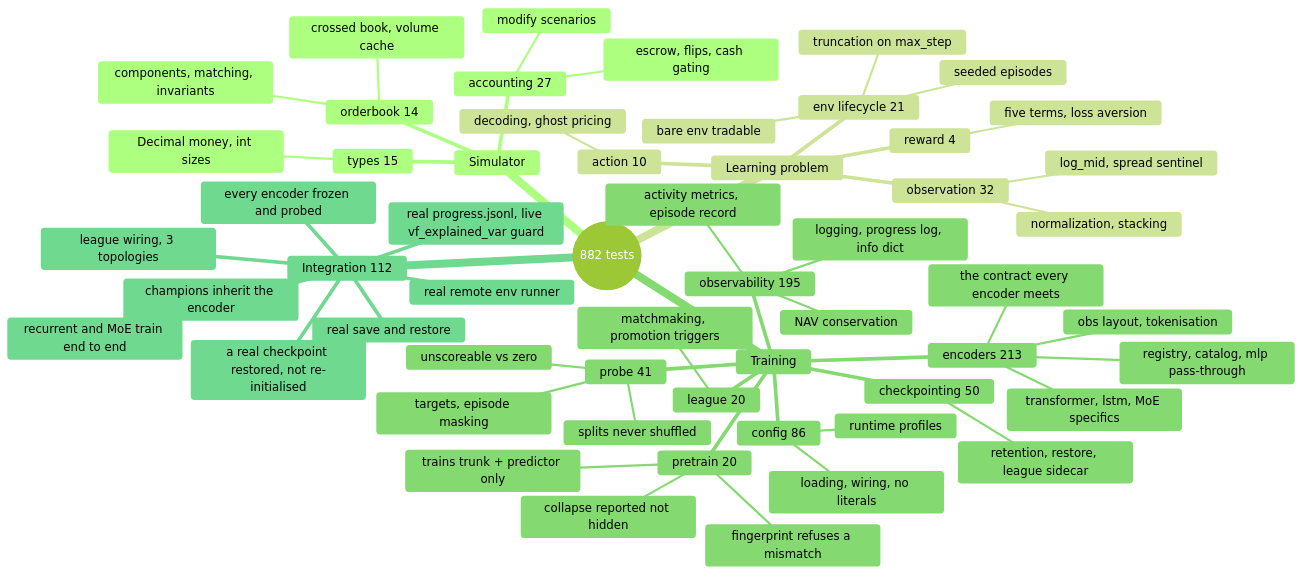
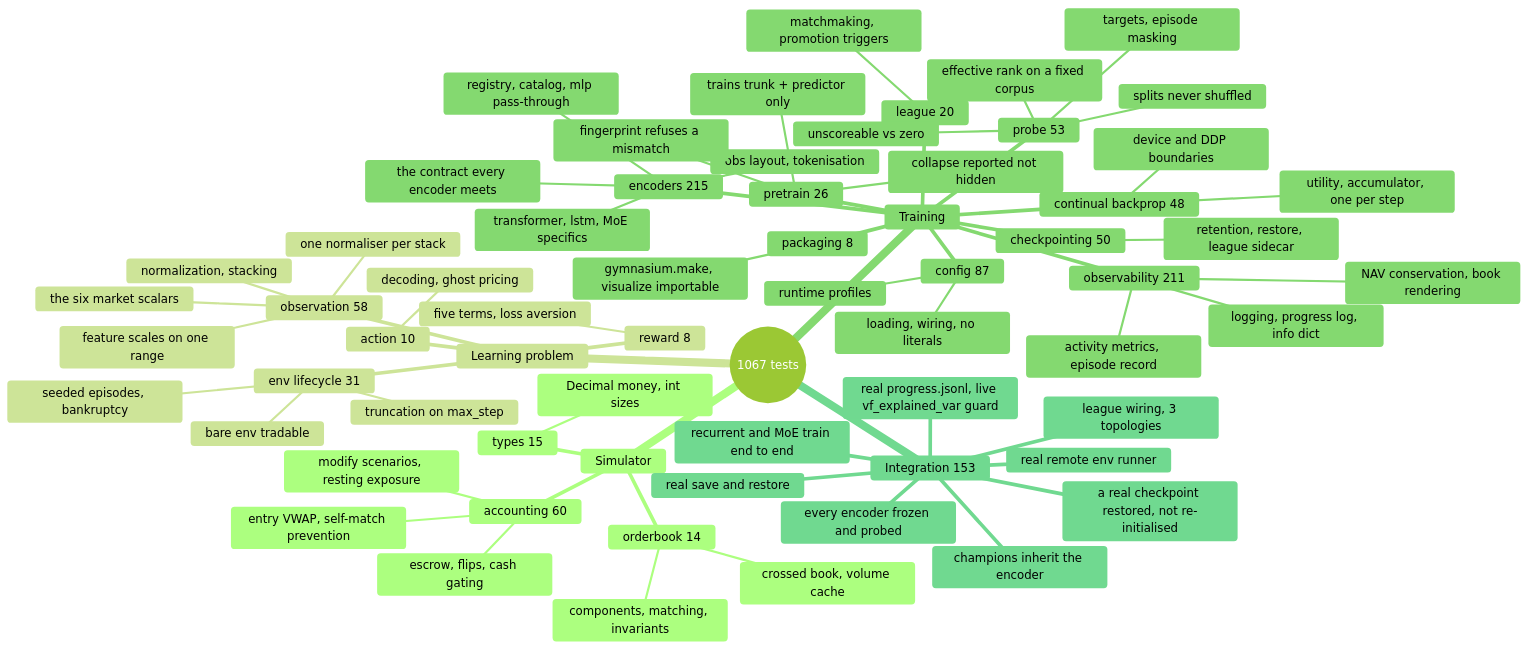
The diagram in doc/10_testing.md (ChuaCheowHuan/gym-continuousDoubleAuction), drawn with Mermaid (forest theme) before and after one commit. The commit also changed other lines of this file and 23 other files, not shown here.

````diff
--- a/doc/10_testing.md
+++ b/doc/10_testing.md
@@ -111,59 +120,68 @@
 ```mermaid
 mindmap
-  root((882 tests))
+  root((1067 tests))
     Simulator
       orderbook 14
         components, matching, invariants
         crossed book, volume cache
-      accounting 27
+      accounting 60
         escrow, flips, cash gating
-        modify scenarios
+        modify scenarios, resting exposure
+        entry VWAP, self-match prevention
       types 15
         Decimal money, int sizes
     Learning problem
-      observation 32
+      observation 58
         normalization, stacking
-        log_mid, spread sentinel
+        one normaliser per stack
+        the six market scalars
+        feature scales on one range
       action 10
         decoding, ghost pricing
-      reward 4
+      reward 8
         five terms, loss aversion
-      env lifecycle 21
+      env lifecycle 31
         bare env tradable
         truncation on max_step
-        seeded episodes
+        seeded episodes, bankruptcy
     Training
-      config 86
+      config 87
         loading, wiring, no literals
         runtime profiles
       checkpointing 50
         retention, restore, league sidecar
       league 20
         matchmaking, promotion triggers
-      encoders 213
+      encoders 215
         registry, catalog, mlp pass-through
         obs layout, tokenisation
         the contract every encoder meets
         transformer, lstm, MoE specifics
-      observability 195
+      observability 211
         logging, progress log, info dict
         activity metrics, episode record
-        NAV conservation
-      probe 41
+        NAV conservation, book rendering
+      probe 53
         targets, episode masking
         splits never shuffled
         unscoreable vs zero
-      pretrain 20
+        effective rank on a fixed corpus
+      pretrain 26
         trains trunk + predictor only
         collapse reported not hidden
         fingerprint refuses a mismatch
-    Integration 112
+      continual backprop 48
+        utility, accumulator, one per step
+        device and DDP boundaries
+      packaging 8
+        gymnasium.make, visualize importable
+    Integration 153
       league wiring, 3 topologies
       real save and restore
       real progress.jsonl, live vf_explained_var guard
       real remote env runner
       champions inherit the encoder
       recurrent and MoE train end to end
       every encoder frozen and probed
       a real checkpoint restored, not re-initialised
 ```
````
